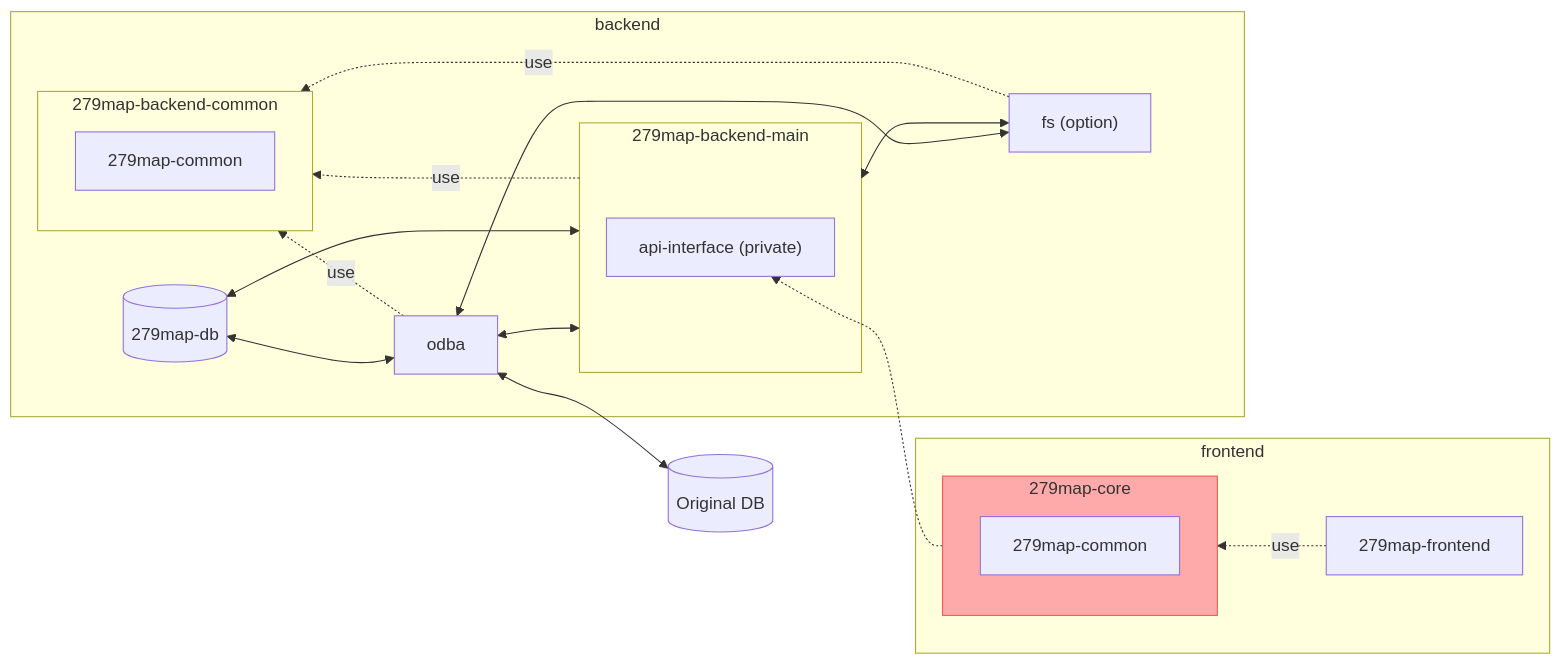
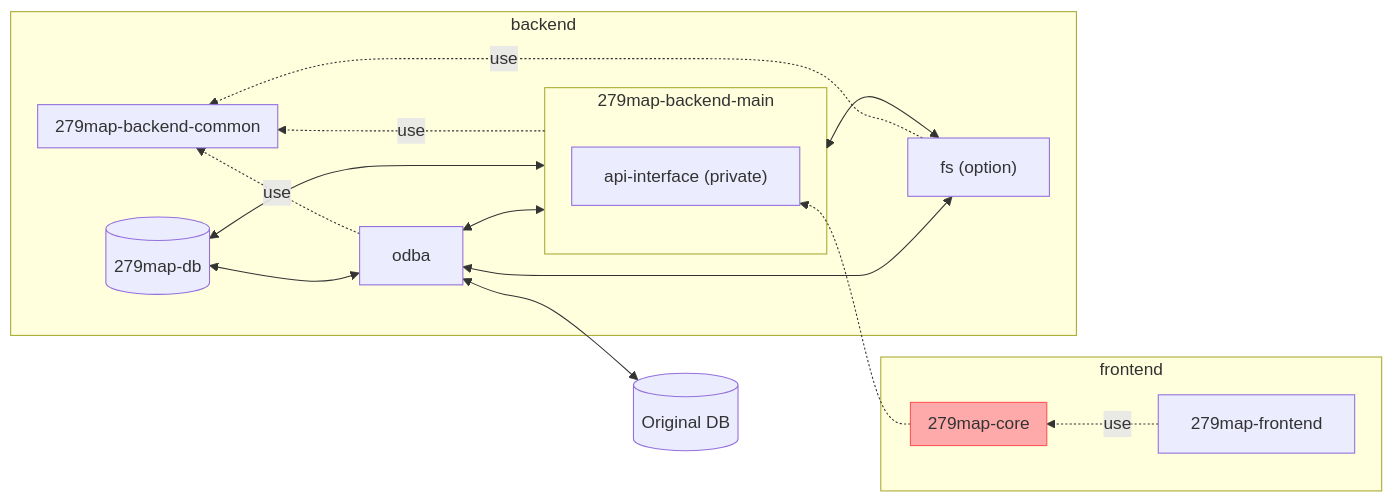
The diagram in 279map-core/README.md (satocheeen/279map), drawn with Mermaid before and after one commit. The commit also changed 67 other files, not shown here.

Commit message:
remove 279map-common from core

````diff
--- a/279map-core/README.md
+++ b/279map-core/README.md
@@ -6,34 +6,32 @@
 ```mermaid
 flowchart RL
 	subgraph frontend
 		subgraph 279map-core
-			279map-common-core["279map-common"]
 		end
 		279map-frontend -. use .-> 279map-core
 	end
 
 	subgraph backend
 		db[("279map-db")]
 
 		subgraph 279map-backend-main
 			api-interface["api-interface (private)"]
 		end
 
 		subgraph 279map-backend-common
-			279map-common-backend["279map-common"]
 		end
 
 		279map-backend-main <--> odba
 		279map-backend-main <--> db
 		odba <--> db
 		fs["fs (option)"] <--> 279map-backend-main
 		fs <--> odba
 		279map-backend-main -. use .-> 279map-backend-common
 		odba -. use .-> 279map-backend-common
 		fs -. use .-> 279map-backend-common
 	end
 	279map-core -.-> api-interface
 	original-db[("Original DB")] <--> odba
 	
 	style 279map-core fill:#faa, stroke:#f55
 ```
````
